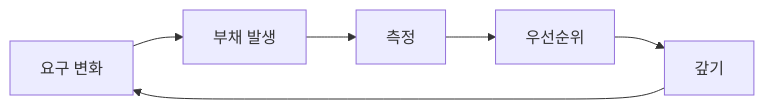
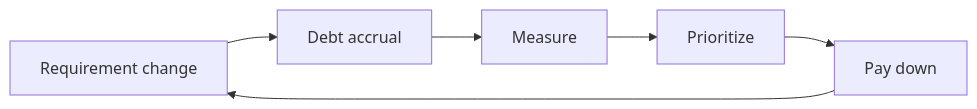
One commit to yeongseon-books/book-content changed the diagram in content/software-engineering-101/ko/09-maintenance-and-tech-debt.md. Above: the diagram before and after it, drawn with Mermaid. The commit also changed other lines of this file and 9 other files, not shown here.

````diff
--- a/content/software-engineering-101/ko/09-maintenance-and-tech-debt.md
+++ b/content/software-engineering-101/ko/09-maintenance-and-tech-debt.md
@@ -36,8 +50,8 @@
 ```mermaid
 flowchart LR
-    R["요구 변화"] --> D["부채 발생"]
-    D --> M["측정"]
-    M --> P["우선순위"]
-    P --> F["갚기"]
+    R["Requirement change"] --> D["Debt accrual"]
+    D --> M["Measure"]
+    M --> P["Prioritize"]
+    P --> F["Pay down"]
     F --> R
 ```
````
